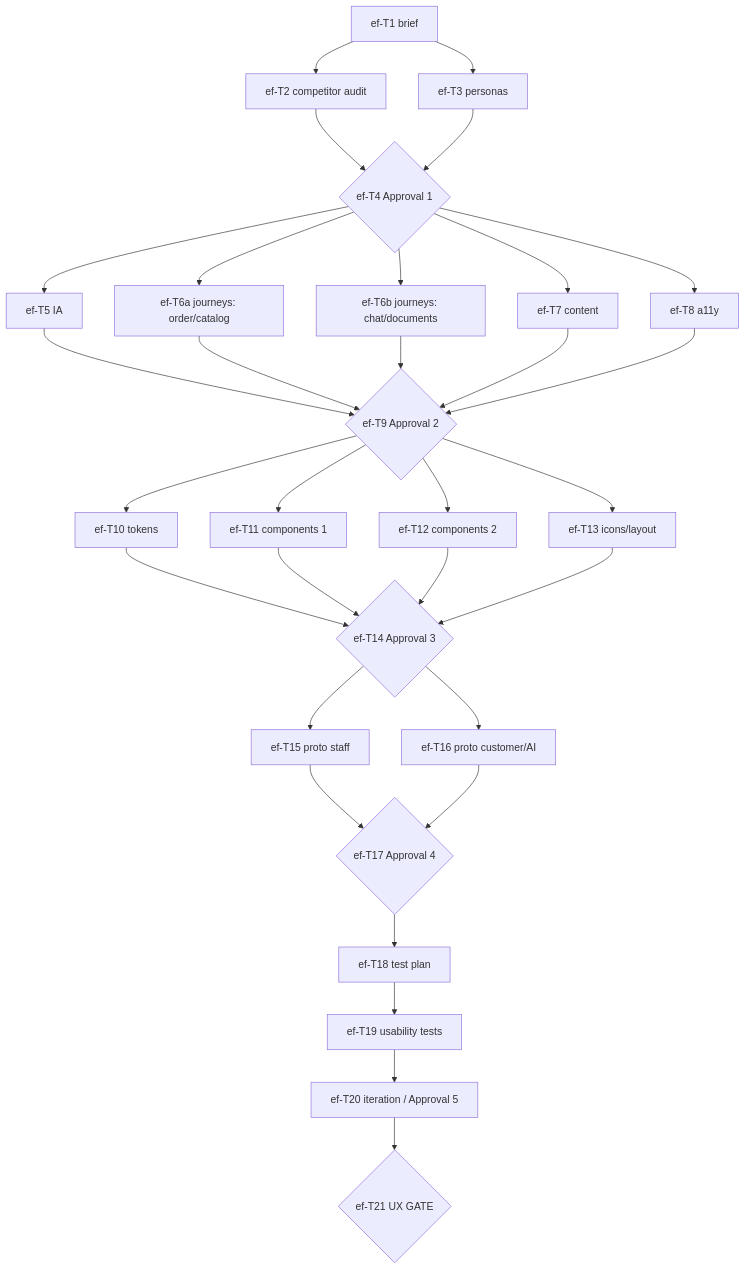
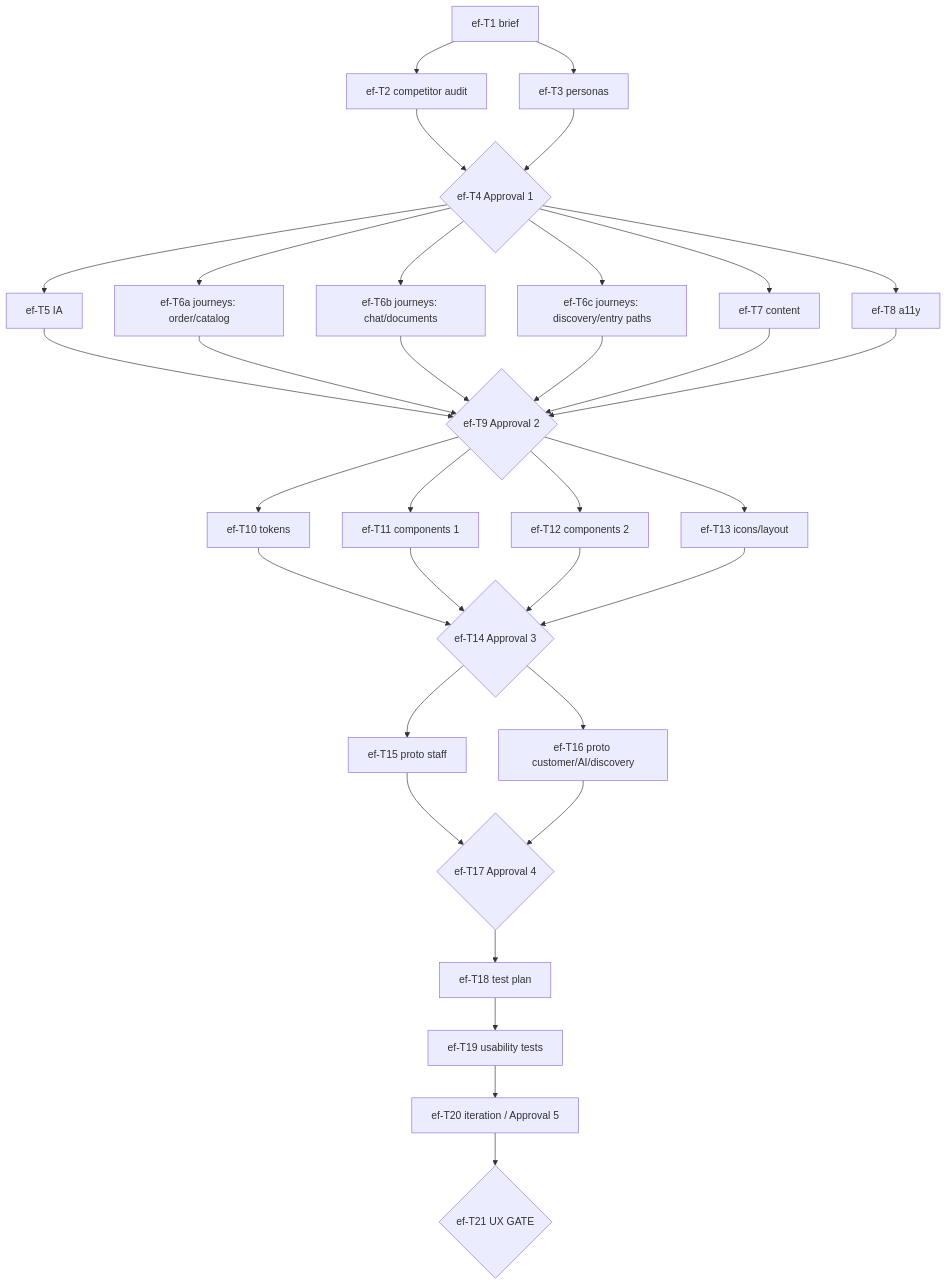
Before and after one commit to KurbatovIvann/showzy-v2: the diagram in docs/plans/experience-foundation.md, drawn with Mermaid. The commit also changed other lines of this file and 15 other files, not shown here.

````diff
--- a/docs/plans/experience-foundation.md
+++ b/docs/plans/experience-foundation.md
@@ -329,33 +353,35 @@
 ```mermaid
 flowchart TD
   T1[ef-T1 brief] --> T2[ef-T2 competitor audit]
   T1 --> T3[ef-T3 personas]
   T2 --> T4{ef-T4 Approval 1}
   T3 --> T4
   T4 --> T5[ef-T5 IA]
   T4 --> T6a[ef-T6a journeys: order/catalog]
   T4 --> T6b[ef-T6b journeys: chat/documents]
+  T4 --> T6c[ef-T6c journeys: discovery/entry paths]
   T4 --> T7[ef-T7 content]
   T4 --> T8[ef-T8 a11y]
   T5 --> T9{ef-T9 Approval 2}
   T6a --> T9
   T6b --> T9
+  T6c --> T9
   T7 --> T9
   T8 --> T9
   T9 --> T10[ef-T10 tokens]
   T9 --> T11[ef-T11 components 1]
   T9 --> T12[ef-T12 components 2]
   T9 --> T13[ef-T13 icons/layout]
   T10 --> T14{ef-T14 Approval 3}
   T11 --> T14
   T12 --> T14
   T13 --> T14
   T14 --> T15[ef-T15 proto staff]
-  T14 --> T16[ef-T16 proto customer/AI]
+  T14 --> T16[ef-T16 proto customer/AI/discovery]
   T15 --> T17{ef-T17 Approval 4}
   T16 --> T17
   T17 --> T18[ef-T18 test plan]
   T18 --> T19[ef-T19 usability tests]
   T19 --> T20[ef-T20 iteration / Approval 5]
   T20 --> T21{ef-T21 UX GATE}
 ```
````
